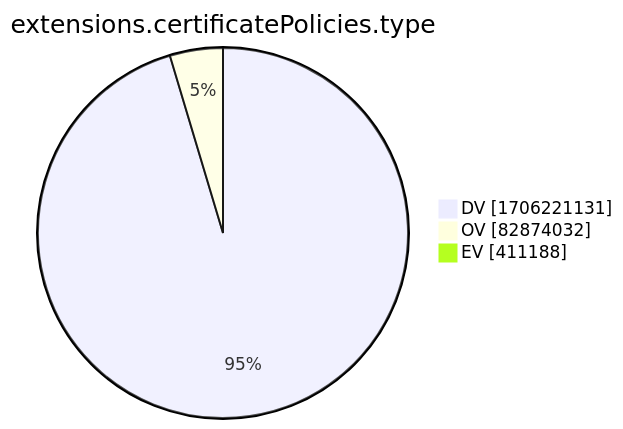
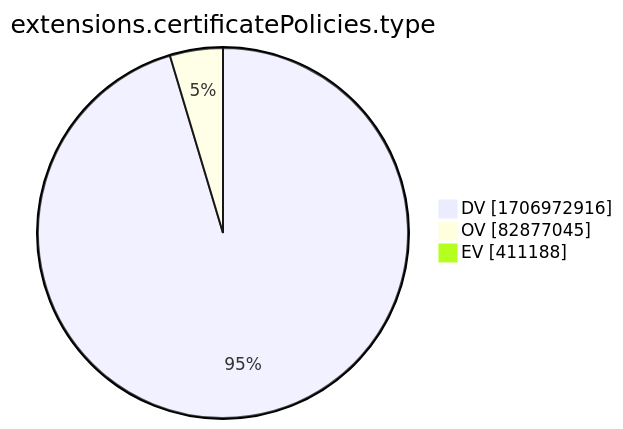
The tenth of 15 diagrams in xenon2022/README.md (christiankrug/ctmonitor_visualization), drawn with Mermaid before and after one commit. The commit also changed other lines of this file, not shown here.

````diff
--- a/xenon2022/README.md
+++ b/xenon2022/README.md
@@ -2881,7 +2881,7 @@
 ```mermaid
 pie showData
 title extensions.certificatePolicies.type
-"DV" :1706221131
-"OV" :82874032
+"DV" :1706972916
+"OV" :82877045
 "EV" :411188
 ```
````
